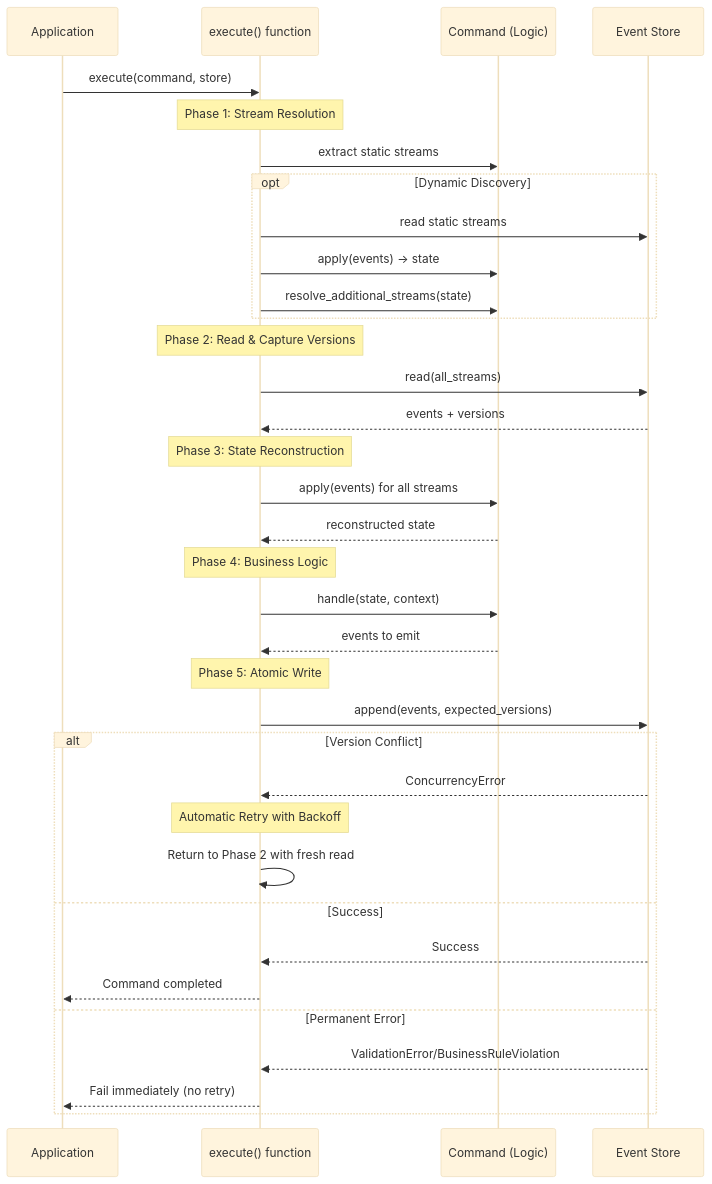
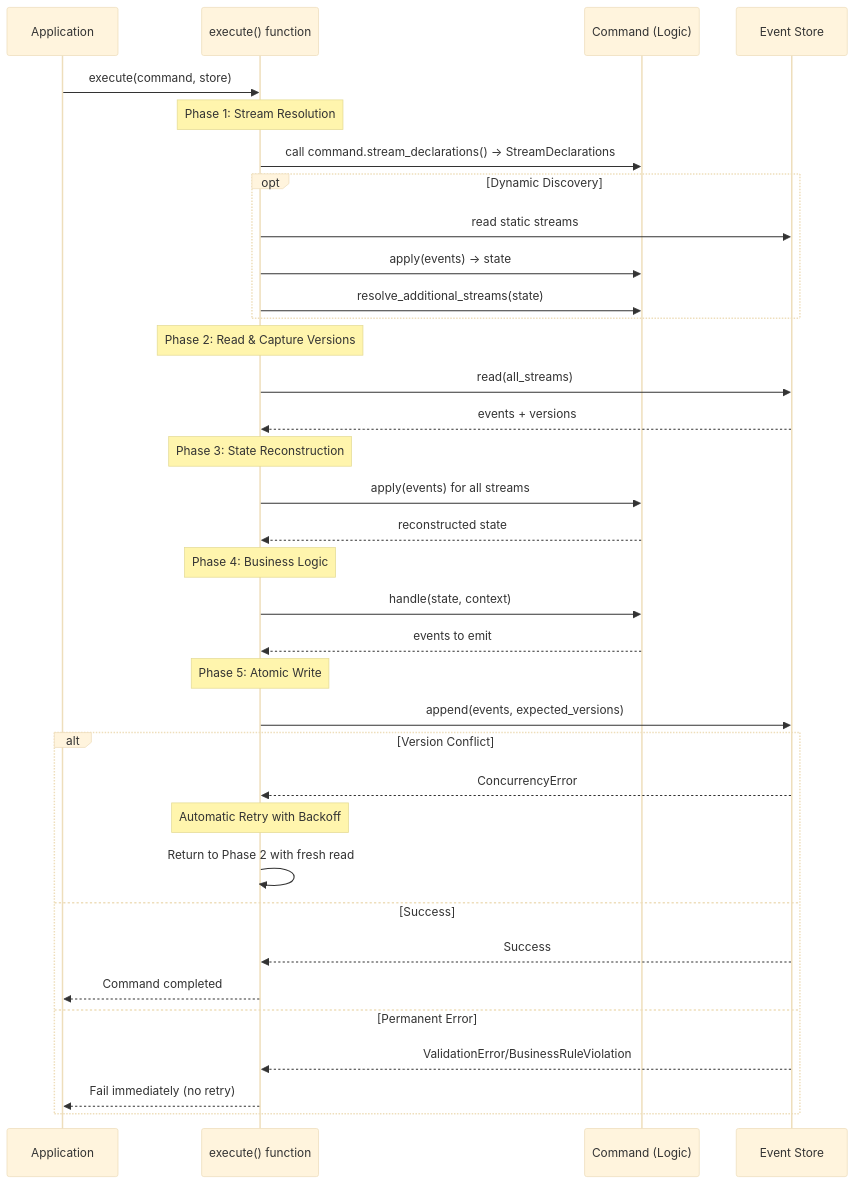
The second of 2 diagrams in docs/ARCHITECTURE.md (jwilger/eventcore), drawn with Mermaid (base theme) before and after one commit. The commit also changed other lines of this file and 27 other files, not shown here.

First line of the commit message:
refactor: introduce CommandStreams trait and update docs (#157)

````diff
--- a/docs/ARCHITECTURE.md
+++ b/docs/ARCHITECTURE.md
@@ -295,44 +296,44 @@
 ```mermaid
 sequenceDiagram
     participant App as Application
     participant ExecFn as execute() function
     participant Cmd as Command (Logic)
     participant Store as Event Store
 
     App->>ExecFn: execute(command, store)
 
     Note over ExecFn: Phase 1: Stream Resolution
-    ExecFn->>Cmd: extract static streams
+    ExecFn->>Cmd: call command.stream_declarations() -> StreamDeclarations
     opt Dynamic Discovery
         ExecFn->>Store: read static streams
         ExecFn->>Cmd: apply(events) → state
         ExecFn->>Cmd: resolve_additional_streams(state)
     end
 
     Note over ExecFn: Phase 2: Read & Capture Versions
     ExecFn->>Store: read(all_streams)
     Store-->>ExecFn: events + versions
 
     Note over ExecFn: Phase 3: State Reconstruction
     ExecFn->>Cmd: apply(events) for all streams
     Cmd-->>ExecFn: reconstructed state
 
     Note over ExecFn: Phase 4: Business Logic
     ExecFn->>Cmd: handle(state, context)
     Cmd-->>ExecFn: events to emit
 
     Note over ExecFn: Phase 5: Atomic Write
     ExecFn->>Store: append(events, expected_versions)
 
     alt Version Conflict
         Store-->>ExecFn: ConcurrencyError
         Note over ExecFn: Automatic Retry with Backoff
         ExecFn->>ExecFn: Return to Phase 2 with fresh read
     else Success
         Store-->>ExecFn: Success
         ExecFn-->>App: Command completed
     else Permanent Error
         Store-->>ExecFn: ValidationError/BusinessRuleViolation
         ExecFn-->>App: Fail immediately (no retry)
     end
 ```
````
